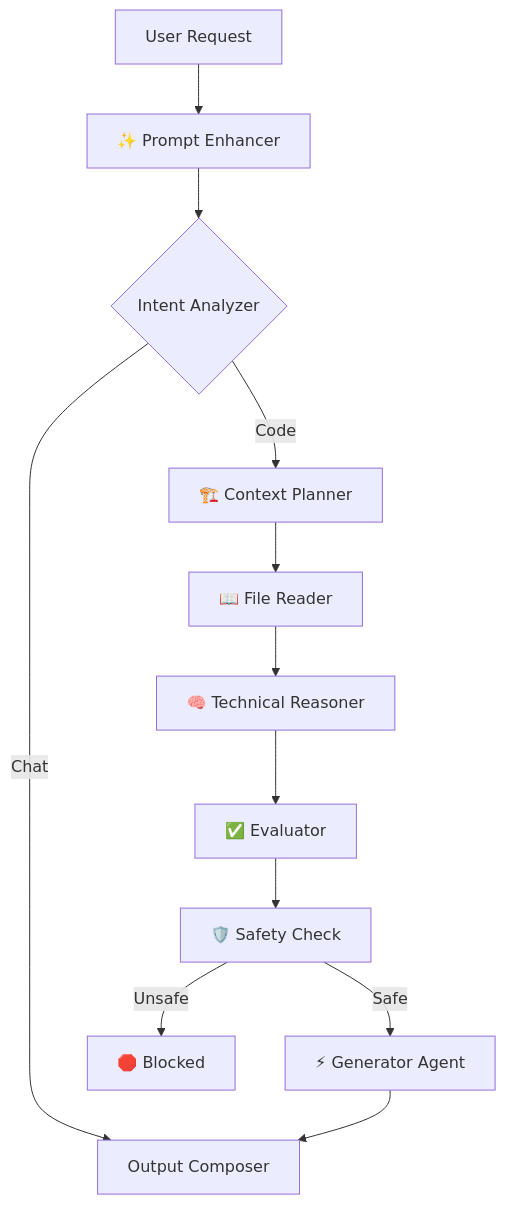
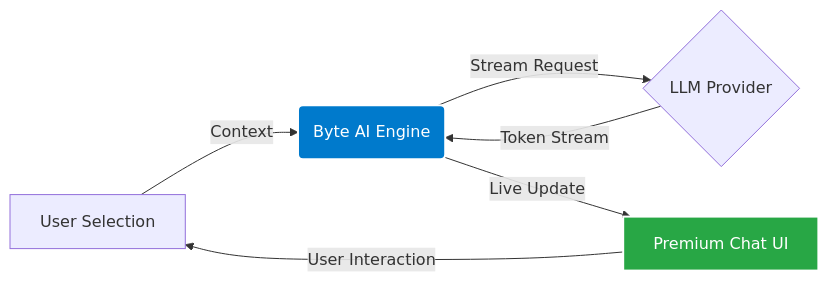
The diagram in README.md (ajmal-uk/byte-coder-ai-agent), drawn with Mermaid before and after one commit. The commit also changed other lines of this file and 19 other files, not shown here.

````diff
--- a/README.md
+++ b/README.md
@@ -18,14 +62,10 @@
 ```mermaid
-graph TD
-    User[User Request] --> A[✨ Prompt Enhancer]
-    A --> B{Intent Analyzer}
-    B -->|Code| C[🏗️ Context Planner]
-    B -->|Chat| H[Output Composer]
-    C --> D[📖 File Reader]
-    D --> E[🧠 Technical Reasoner]
-    E --> F[✅ Evaluator]
-    F --> G[🛡️ Safety Check]
-    G -->|Safe| I[⚡ Generator Agent]
-    G -->|Unsafe| Block[🛑 Blocked]
-    I --> H[Output Composer]
+graph LR
+    A[User Selection] -->|Context| B(Byte AI Engine)
+    B -->|Stream Request| C{LLM Provider}
+    C -->|Token Stream| B
+    B -->|Live Update| D[Premium Chat UI]
+    D -->|User Interaction| A
+    style B fill:#007ACC,stroke:#fff,stroke-width:2px,color:#fff
+    style D fill:#28a745,stroke:#fff,stroke-width:2px,color:#fff
 ```
````
